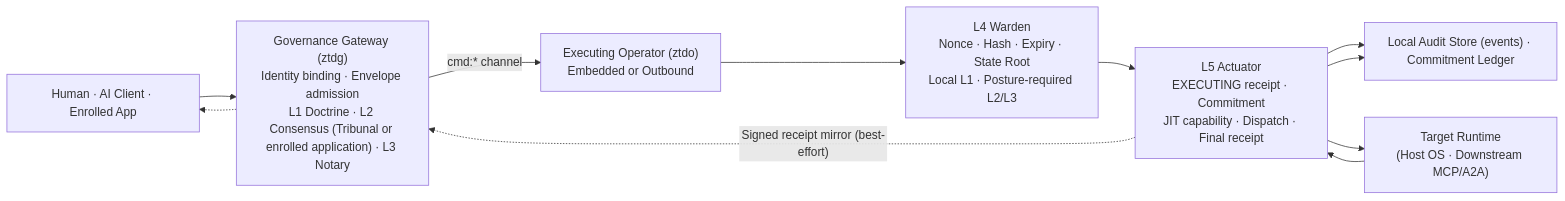
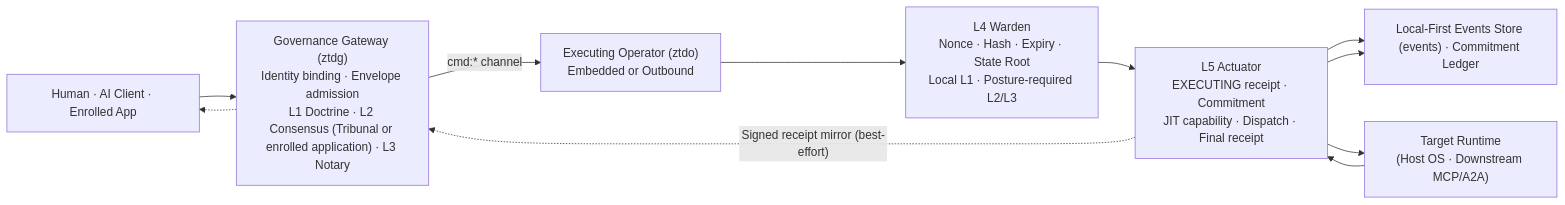
Before and after one commit to zerotrustdata/ztd: the diagram in docs/diagrams/flowchart-system-overview-lr.md, drawn with Mermaid. The commit also changed other lines of this file and 655 other files, not shown here.

````diff
--- a/docs/diagrams/flowchart-system-overview-lr.md
+++ b/docs/diagrams/flowchart-system-overview-lr.md
@@ -27,21 +27,21 @@
 ```mermaid
 flowchart LR
     Client["Human · AI Client · Enrolled App"]
     Gateway["Governance Gateway (ztdg)<br/>Identity binding · Envelope admission<br/>L1 Doctrine · L2 Consensus (Tribunal or enrolled application) · L3 Notary"]
     Operator["Executing Operator (ztdo)<br/>Embedded or Outbound"]
     L4Warden["L4 Warden<br/>Nonce · Hash · Expiry · State Root<br/>Local L1 · Posture-required L2/L3"]
     L5Actuator["L5 Actuator<br/>EXECUTING receipt · Commitment<br/>JIT capability · Dispatch · Final receipt"]
-    AuditStore["Local Audit Store (events) · Commitment Ledger"]
+    EventsStore["Local-First Events Store (events) · Commitment Ledger"]
     Target["Target Runtime<br/>(Host OS · Downstream MCP/A2A)"]
 
     Client --> Gateway
     Gateway -->|"cmd:* channel"| Operator
     Operator --> L4Warden
     L4Warden --> L5Actuator
-    L5Actuator --> AuditStore
+    L5Actuator --> EventsStore
     L5Actuator --> Target
     Target --> L5Actuator
-    L5Actuator --> AuditStore
+    L5Actuator --> EventsStore
     L5Actuator -.->|"Signed receipt mirror (best-effort)"| Gateway
     Gateway -.-> Client
 ```
````
